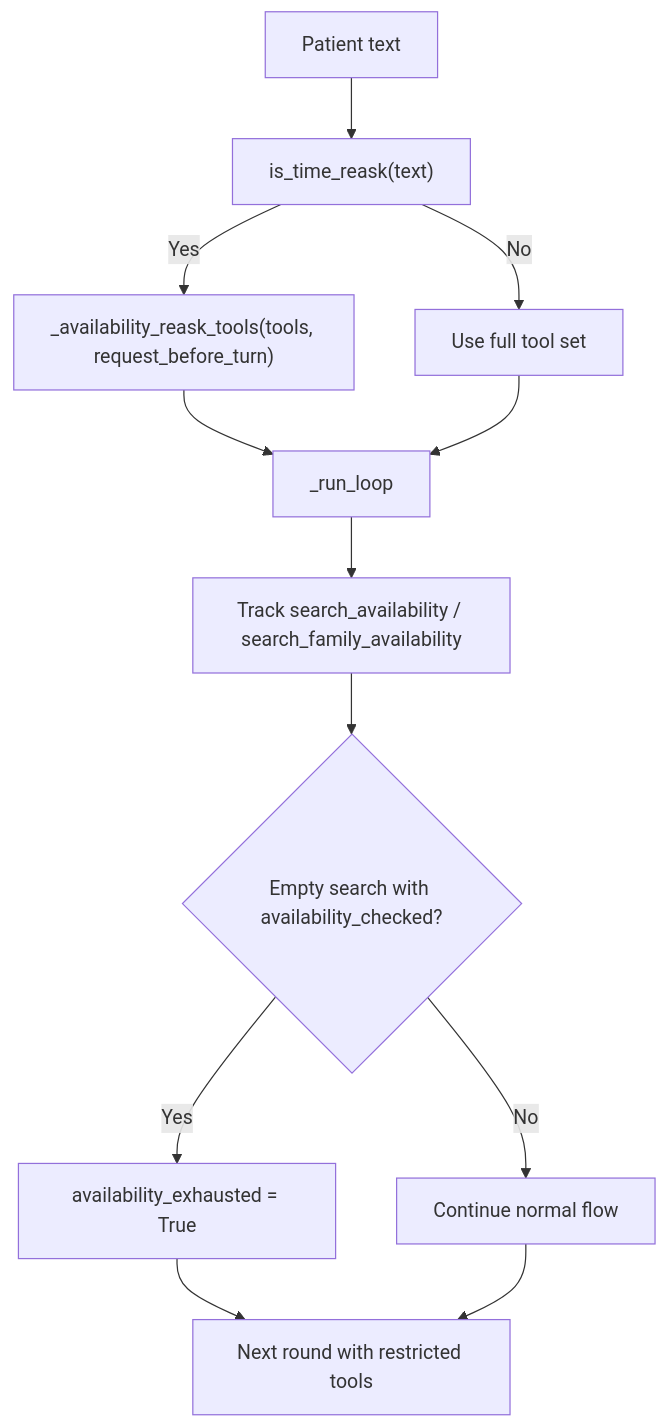
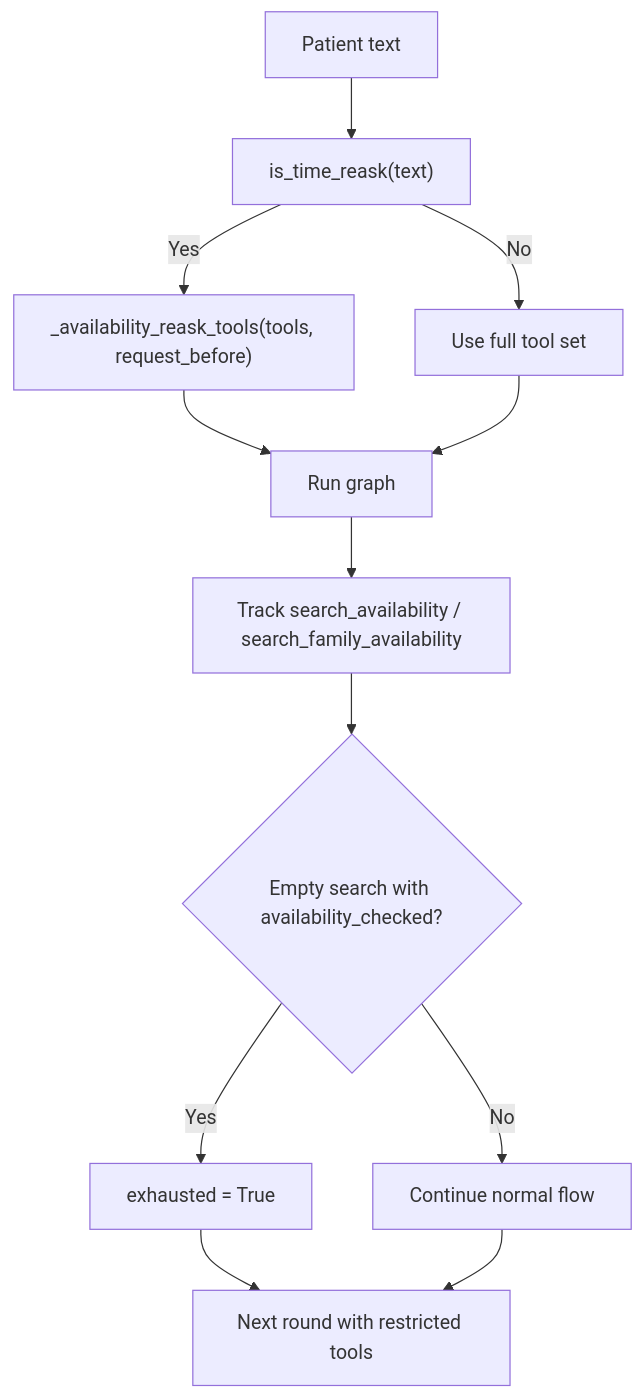
The fifth of 9 diagrams in .qoder/repowiki/en/content/AI Agent System/Conversation Runner/Tool Orchestration Loop.md (gokulkaarthicks/dental-chatbot), drawn with Mermaid before and after one commit. The commit also changed other lines of this file and 280 other files, not shown here.

````diff
--- a/.qoder/repowiki/en/content/AI Agent System/Conversation Runner/Tool Orchestration Loop.md
+++ b/.qoder/repowiki/en/content/AI Agent System/Conversation Runner/Tool Orchestration Loop.md
@@ -222,14 +223,14 @@
 ```mermaid
 flowchart TD
 Input["Patient text"] --> DetectReask["is_time_reask(text)"]
-DetectReask --> |Yes| RestrictTools["_availability_reask_tools(tools, request_before_turn)"]
+DetectReask --> |Yes| RestrictTools["_availability_reask_tools(tools, request_before)"]
 DetectReask --> |No| FullTools["Use full tool set"]
-RestrictTools --> LoopStart["_run_loop"]
+RestrictTools --> LoopStart["Run graph"]
 FullTools --> LoopStart
 LoopStart --> TrackSearch["Track search_availability / search_family_availability"]
 TrackSearch --> EmptySearch{"Empty search with availability_checked?"}
-EmptySearch --> |Yes| MarkExhausted["availability_exhausted = True"]
+EmptySearch --> |Yes| MarkExhausted["exhausted = True"]
 EmptySearch --> |No| Continue["Continue normal flow"]
 MarkExhausted --> NextRound["Next round with restricted tools"]
 Continue --> NextRound
 ```
````
